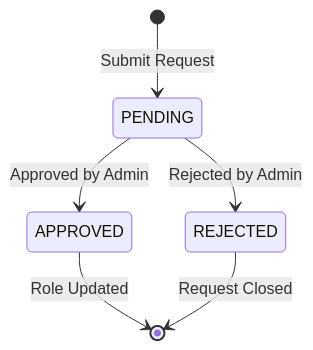
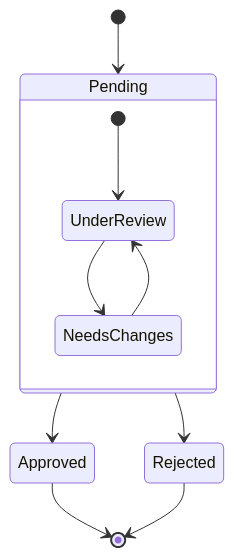
Before and after one commit to Radoslaw-Wolnik/plants-wiki: the fifth of 6 diagrams in MODELS.md, drawn with Mermaid. The commit also changed other lines of this file, not shown here.

````diff
--- a/MODELS.md
+++ b/MODELS.md
@@ -417,8 +227,16 @@
 ```mermaid
 stateDiagram-v2
-    [*] --> PENDING: Submit Request
-    PENDING --> APPROVED: Approved by Admin
-    PENDING --> REJECTED: Rejected by Admin
-    APPROVED --> [*]: Role Updated
-    REJECTED --> [*]: Request Closed
+    [*] --> Pending
+    
+    Pending --> Approved
+    Pending --> Rejected
+    
+    state Pending {
+        [*] --> UnderReview
+        UnderReview --> NeedsChanges
+        NeedsChanges --> UnderReview
+    }
+    
+    Approved --> [*]
+    Rejected --> [*]
 ```
````
